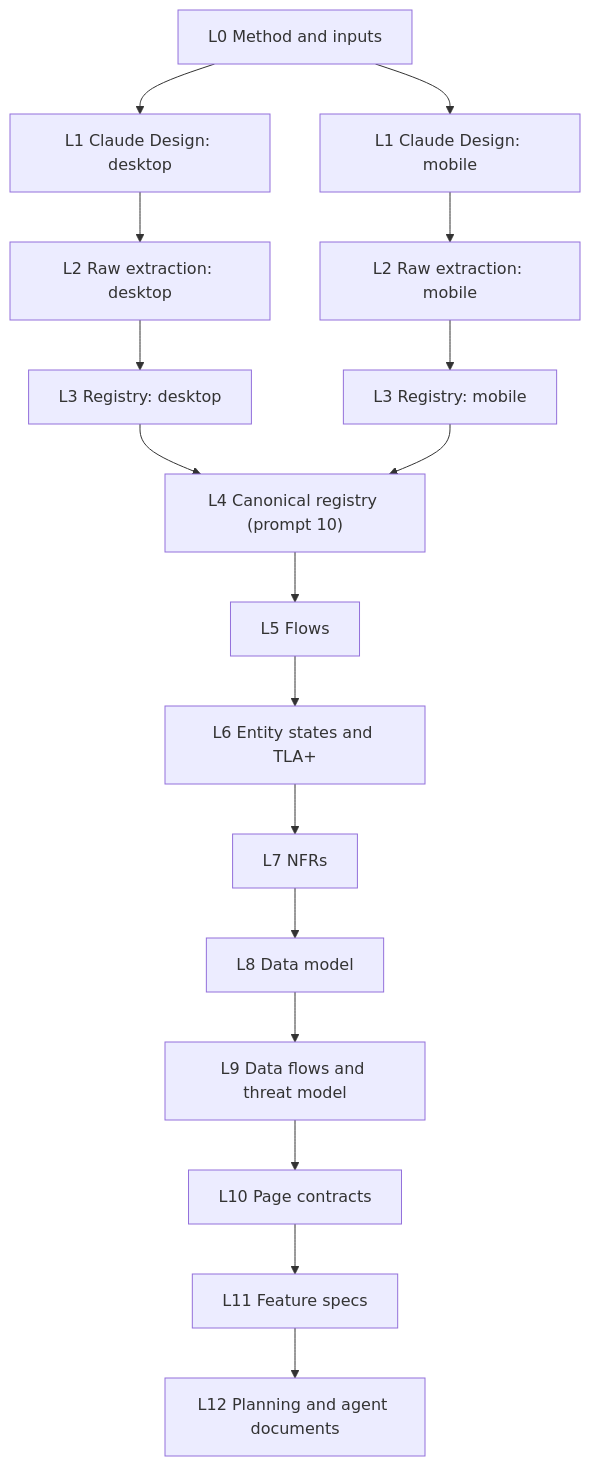
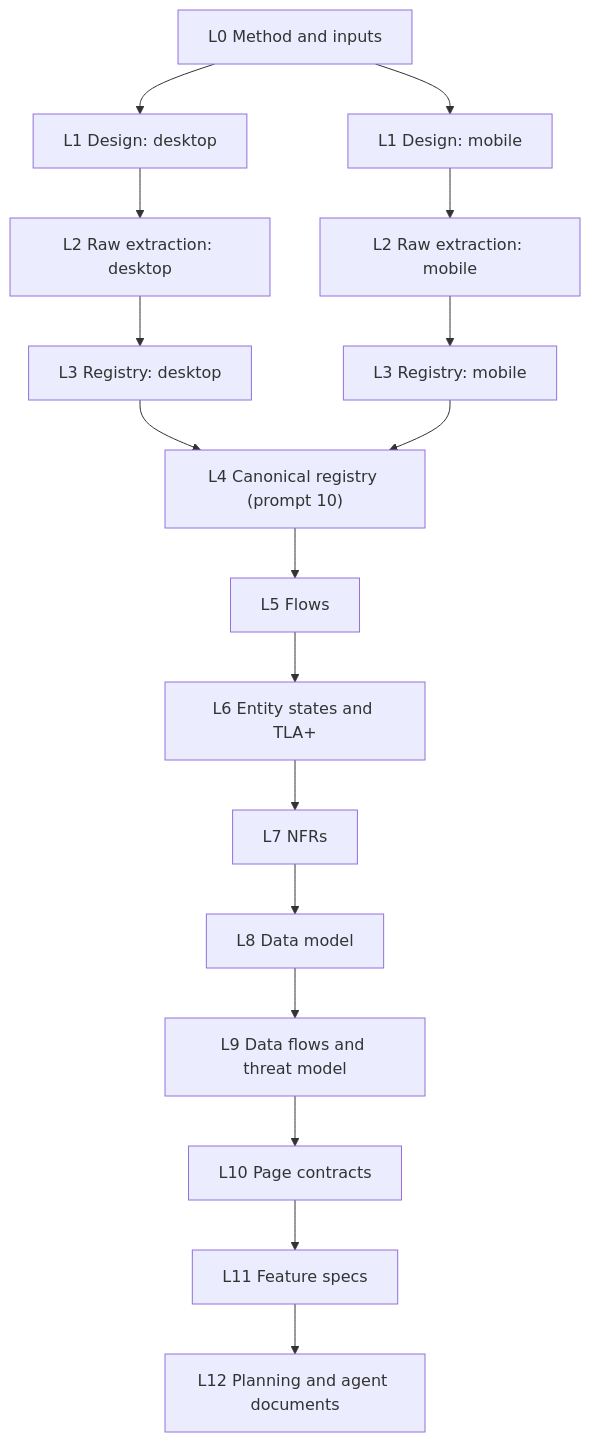
The diagram in workflow_docs/design_and_docs_check.md (JeanPhilippeThai/fake_scrolling), drawn with Mermaid before and after one commit. The commit also changed other lines of this file and 3 other files, not shown here.

````diff
--- a/workflow_docs/design_and_docs_check.md
+++ b/workflow_docs/design_and_docs_check.md
@@ -46,10 +46,10 @@
 ```mermaid
 flowchart TB
-  L0["L0 Method and inputs"] --> L1D["L1 Claude Design: desktop"] & L1M["L1 Claude Design: mobile"]
+  L0["L0 Method and inputs"] --> L1D["L1 Design: desktop"] & L1M["L1 Design: mobile"]
   L1D --> L2D["L2 Raw extraction: desktop"] --> L3D["L3 Registry: desktop"]
   L1M --> L2M["L2 Raw extraction: mobile"] --> L3M["L3 Registry: mobile"]
   L3D & L3M --> L4["L4 Canonical registry (prompt 10)"]
   L4 --> L5["L5 Flows"] --> L6["L6 Entity states and TLA+"] --> L7["L7 NFRs"]
   L7 --> L8["L8 Data model"] --> L9["L9 Data flows and threat model"] --> L10["L10 Page contracts"]
   L10 --> L11["L11 Feature specs"] --> L12["L12 Planning and agent documents"]
 ```
````
